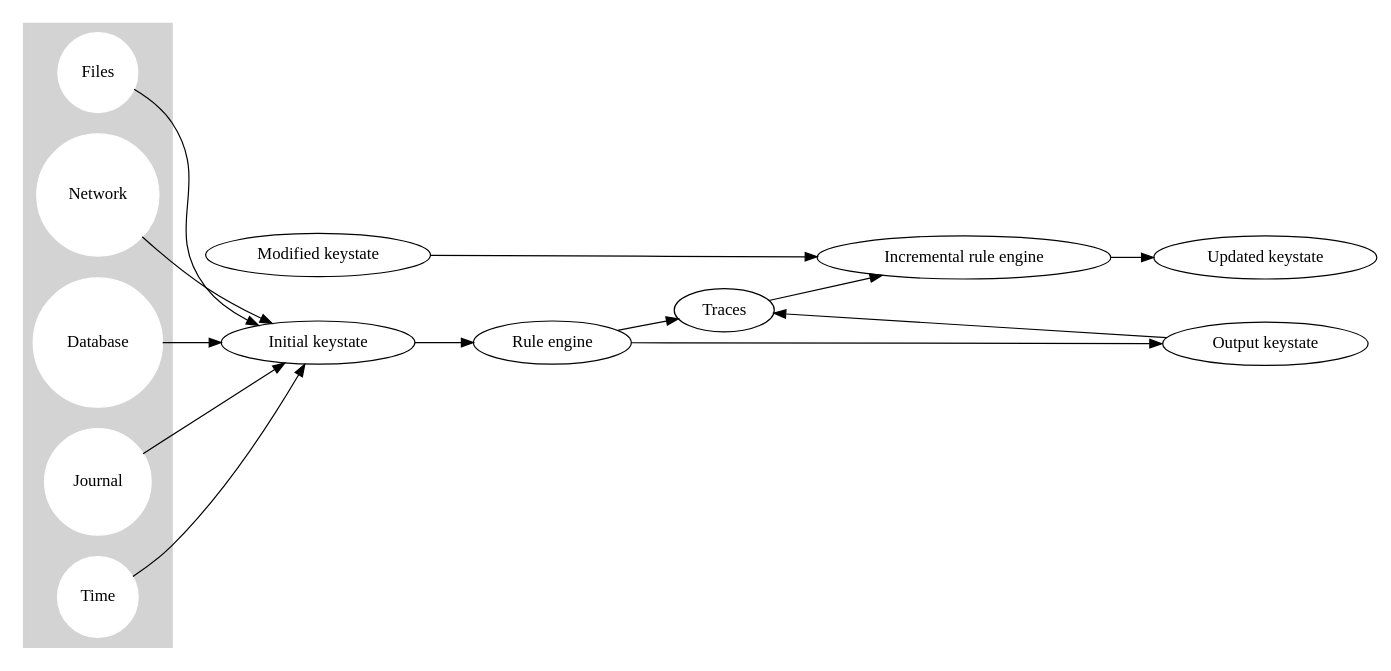
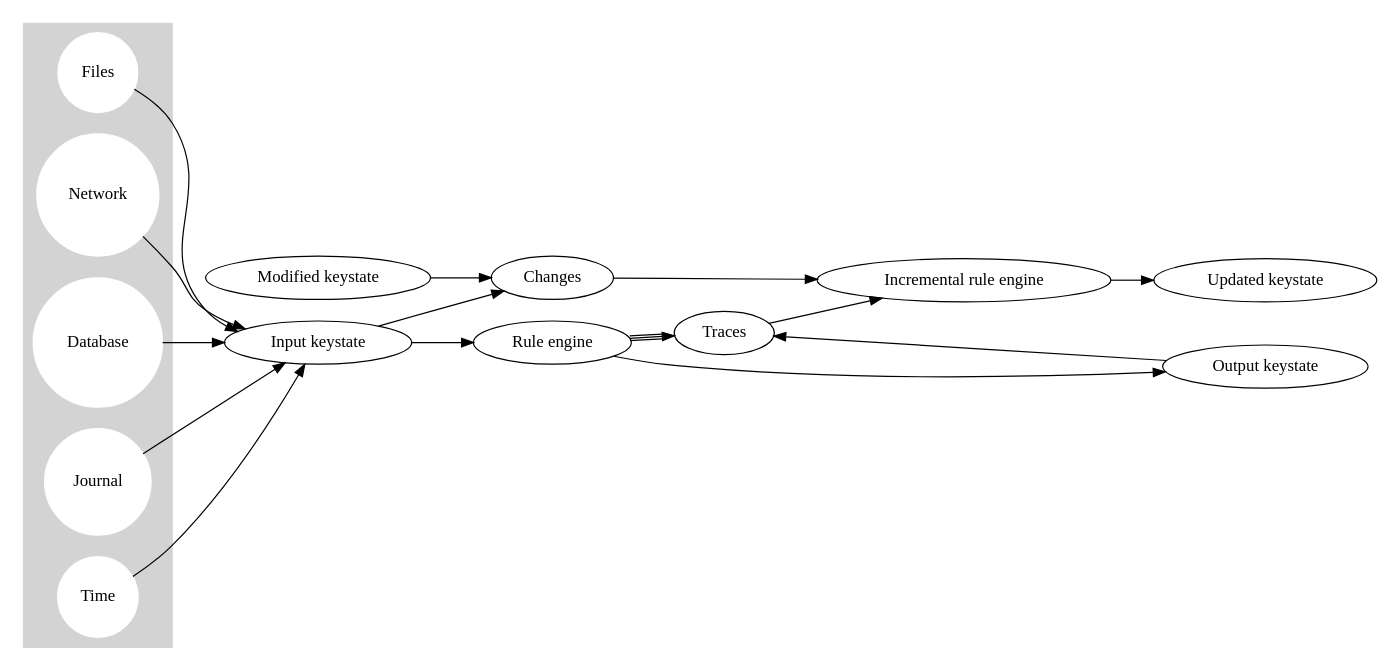
One commit to Mathnerd314/stroscot changed the first of 3 diagrams in docs/BuildSystem.rst. Above: the diagram before and after it, drawn with Graphviz. The commit also changed other lines of this file and 10 other files, not shown here.

```diff
--- a/docs/BuildSystem.rst
+++ b/docs/BuildSystem.rst
@@ -6,30 +9,33 @@
 .. graphviz::
 
   digraph foo {
     rankdir=LR;
     {
     rank=same
-    IKey [label="Initial keystate"]
+    IKey [label="Input keystate"]
     IKey2 [label="Modified keystate"]
     }
     subgraph cluster_keys {
       style=filled; color=lightgrey
       node [style=filled,color=white]
       Files, Network, Database, Journal, Time [shape="circle"]
     }
     {Files; Network; Database; Journal; Time} -> IKey
 
     IKey -> "Rule engine"
     "Rule engine" -> OKey
     {
     rank=same
     OKey [label="Output keystate"]
     OKey2 [label="Updated keystate"]
     }
 
     "Traces" -> OKey [dir=back]
-    "Rule engine" -> "Traces"
+    "Rule engine" -> "Traces" [color = "black:black:black"]
 
-    {IKey2; "Traces"} -> "Incremental rule engine"
+    IKey -> "Changes"
+    IKey2 -> "Changes"
+
+    {"Changes"; "Traces"} -> "Incremental rule engine"
     "Incremental rule engine" -> OKey2
   }
```
